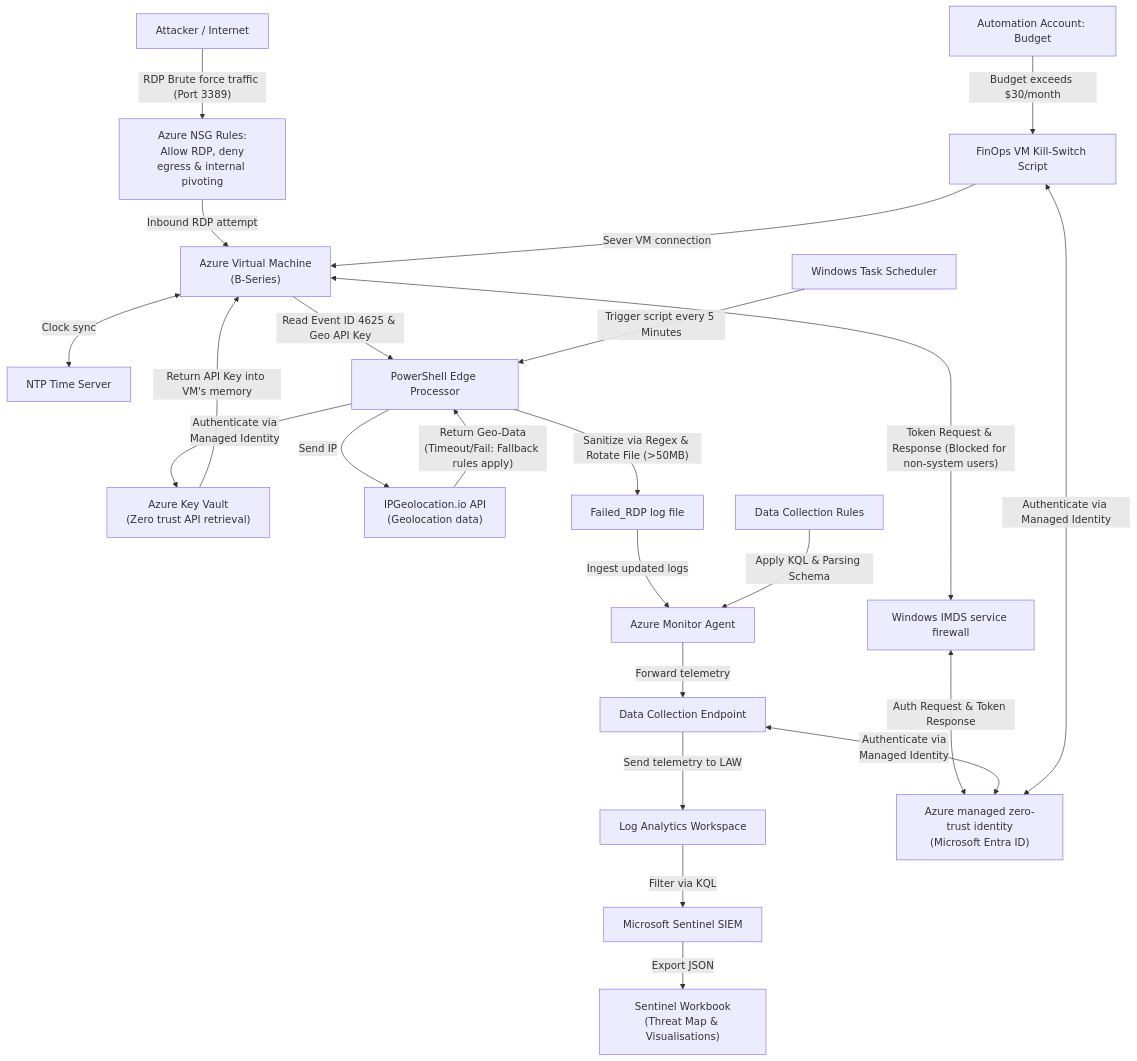
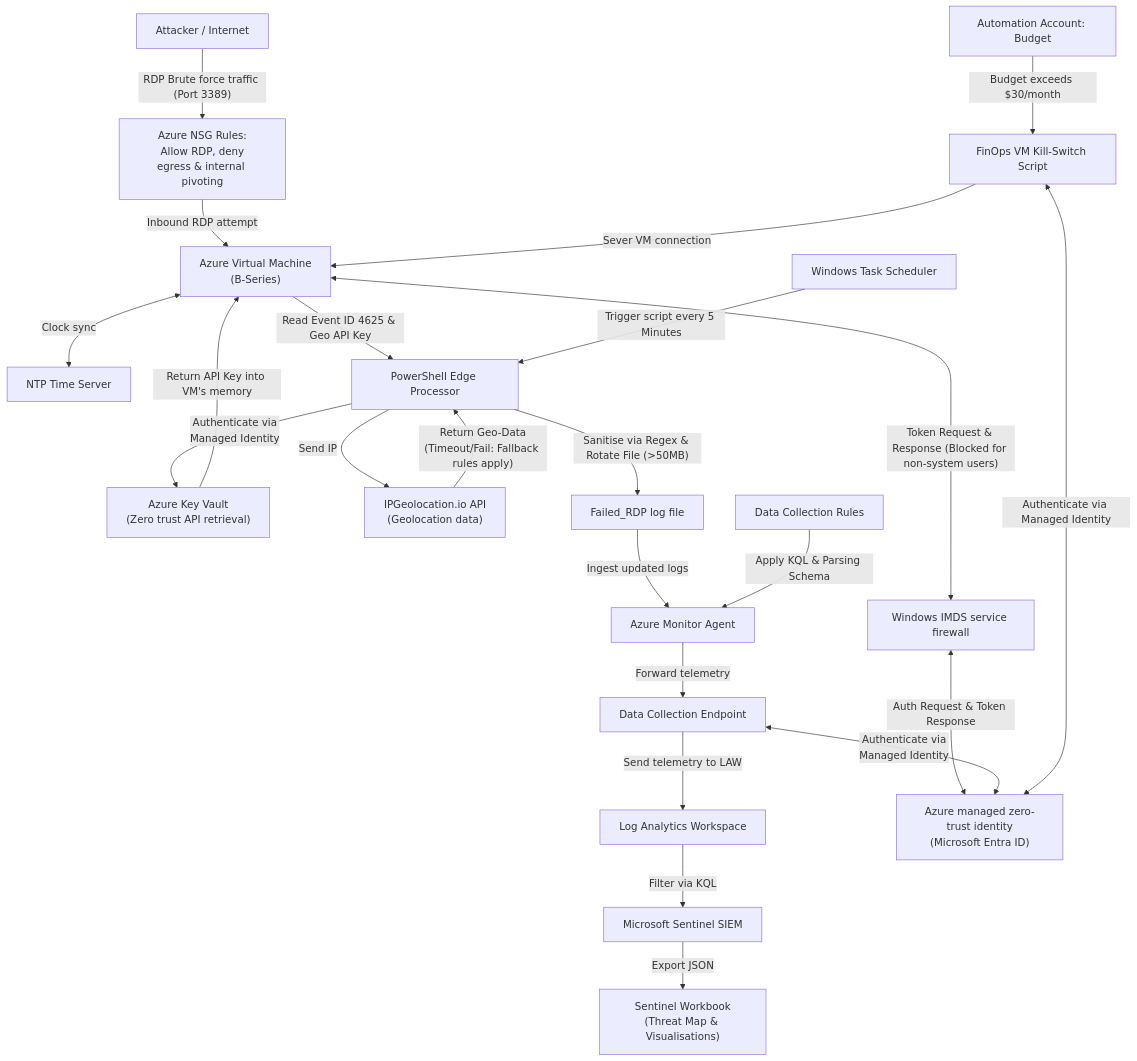
The diagram in README.md (kalen1c/azure-zerotrust-secops-pipeline), drawn with Mermaid before and after one commit. The commit also changed other lines of this file, not shown here.

First line of the commit message:
Revise README Executive Summary for project architecture and technical details

````diff
--- a/README.md
+++ b/README.md
@@ -39,50 +40,50 @@
 ```mermaid 
 flowchart TD
     %% Define Nodes
     Attacker["Attacker / Internet"]
     NSG["Azure NSG Rules:<br>Allow RDP, deny<br>egress & internal pivoting"]
     NTP["NTP Time Server"]
     VM["Azure Virtual Machine<br>(B-Series)"]
     TaskSched["Windows Task Scheduler"]
     EdgeProc["PowerShell Edge Processor"]
     KV["Azure Key Vault<br>(Zero trust API retrieval)"]
     GeoAPI["IPGeolocation.io API<br>(Geolocation data)"]
     LogFile["Failed_RDP log file"]
     AMA["Azure Monitor Agent"]
     DCR["Data Collection Rules"]
     DCE["Data Collection Endpoint"]
     LAW["Log Analytics Workspace"]
     Sentinel["Microsoft Sentinel SIEM"]
     Workbook["Sentinel Workbook<br>(Threat Map & Visualisations)"]
     FinOps["FinOps VM Kill-Switch Script"]
     AutoAcc["Automation Account: Budget"]
     EntraID["Azure managed zero-trust identity<br>(Microsoft Entra ID)"]
     IMDS["Windows IMDS service firewall"]
 
     %% Define Connections and Data Flow
     Attacker -->|"RDP Brute force traffic (Port 3389)"| NSG
     NSG -->|"Inbound RDP attempt"| VM
     VM <-->|"Clock sync"| NTP
     VM -->|"Read Event ID 4625 & Geo API Key"| EdgeProc
     KV -->|"Return API Key into VM's memory"| VM
     TaskSched -->|"Trigger script every 5 Minutes"| EdgeProc
     EdgeProc -->|"Authenticate via<br>Managed Identity"| KV
     EdgeProc -->|"Send IP"| GeoAPI
     GeoAPI -->|"Return Geo-Data<br>(Timeout/Fail: Fallback rules apply)"| EdgeProc
-    EdgeProc -->|"Sanitize via Regex & Rotate File (>50MB)"| LogFile
+    EdgeProc -->|"Sanitise via Regex & Rotate File (>50MB)"| LogFile
     LogFile -->|"Ingest updated logs"| AMA
     DCR -->|"Apply KQL & Parsing Schema"| AMA
     AMA -->|"Forward telemetry"| DCE
     DCE -->|"Send telemetry to LAW"| LAW
     LAW -->|"Filter via KQL"| Sentinel
     Sentinel -->|"Export JSON"| Workbook
     
     %% Identity and Automation Routing
     VM <-->|"Token Request & Response (Blocked for non-system users)"| IMDS
     IMDS <--->|"Auth Request & Token Response"| EntraID
     DCE <-->|"Authenticate via<br>Managed Identity"| EntraID
     AutoAcc -->|"Budget exceeds $30/month"| FinOps
     FinOps -->|"Sever VM connection"| VM
     FinOps <-->|"Authenticate via Managed Identity"| EntraID
 
 ```
````
